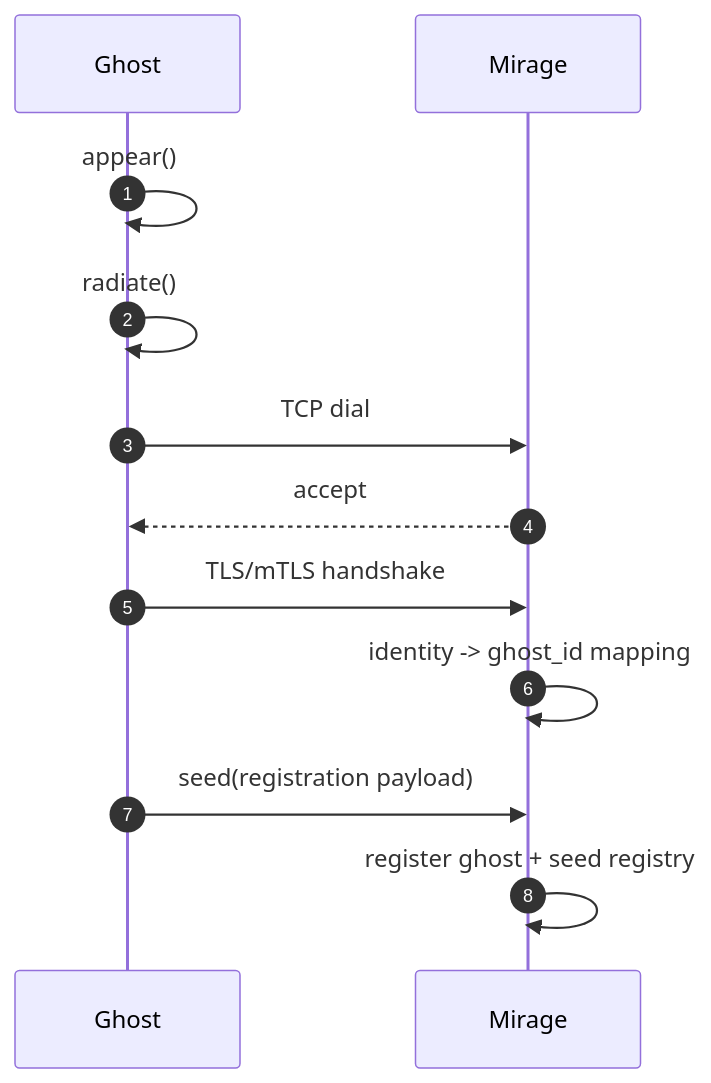
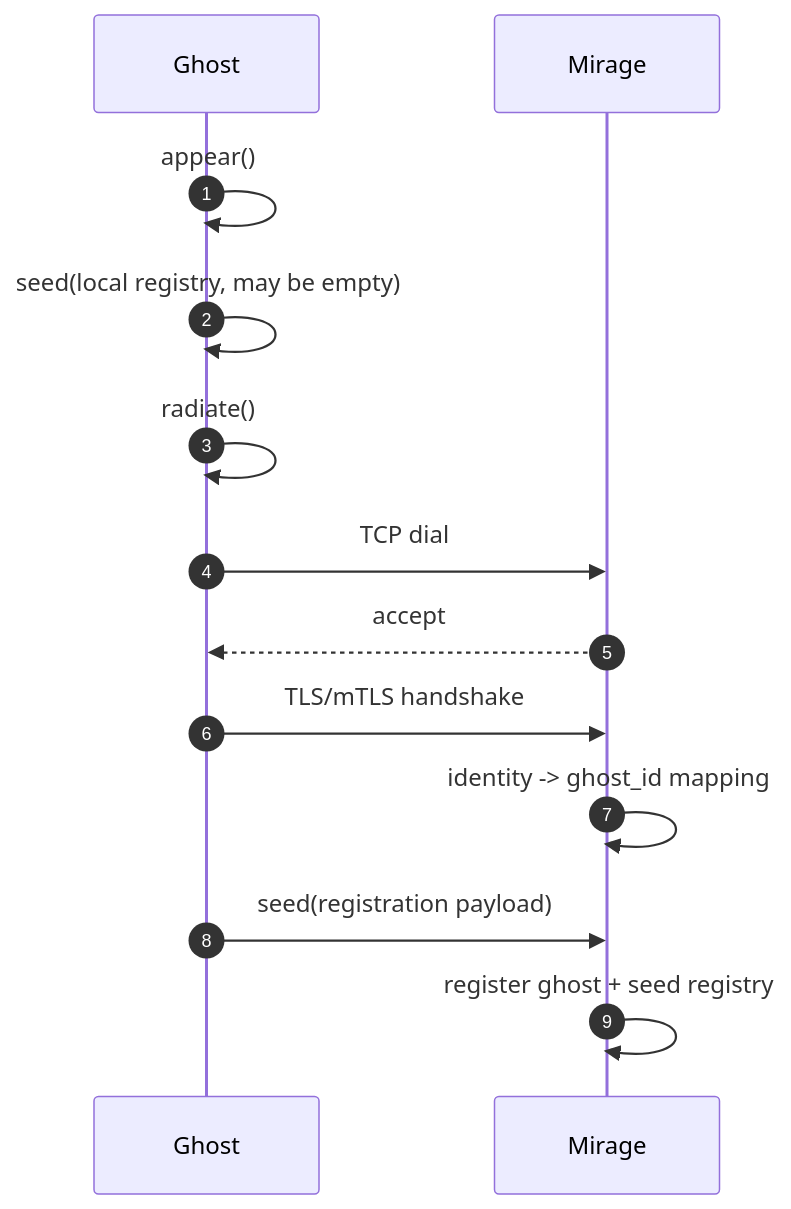
One commit to danmuck/edgectl changed the diagram in docs/architecture/transport.md. Above: the diagram before and after it, drawn with Mermaid. The commit also changed other lines of this file and 12 other files, not shown here.

````diff
--- a/docs/architecture/transport.md
+++ b/docs/architecture/transport.md
@@ -41,15 +44,16 @@
 ```mermaid
 sequenceDiagram
     autonumber
     participant Ghost
     participant Mirage
 
     Ghost->>Ghost: appear()
+    Ghost->>Ghost: seed(local registry, may be empty)
     Ghost->>Ghost: radiate()
     Ghost->>Mirage: TCP dial
     Mirage-->>Ghost: accept
     Ghost->>Mirage: TLS/mTLS handshake
     Mirage->>Mirage: identity -> ghost_id mapping
     Ghost->>Mirage: seed(registration payload)
     Mirage->>Mirage: register ghost + seed registry
 ```
````
